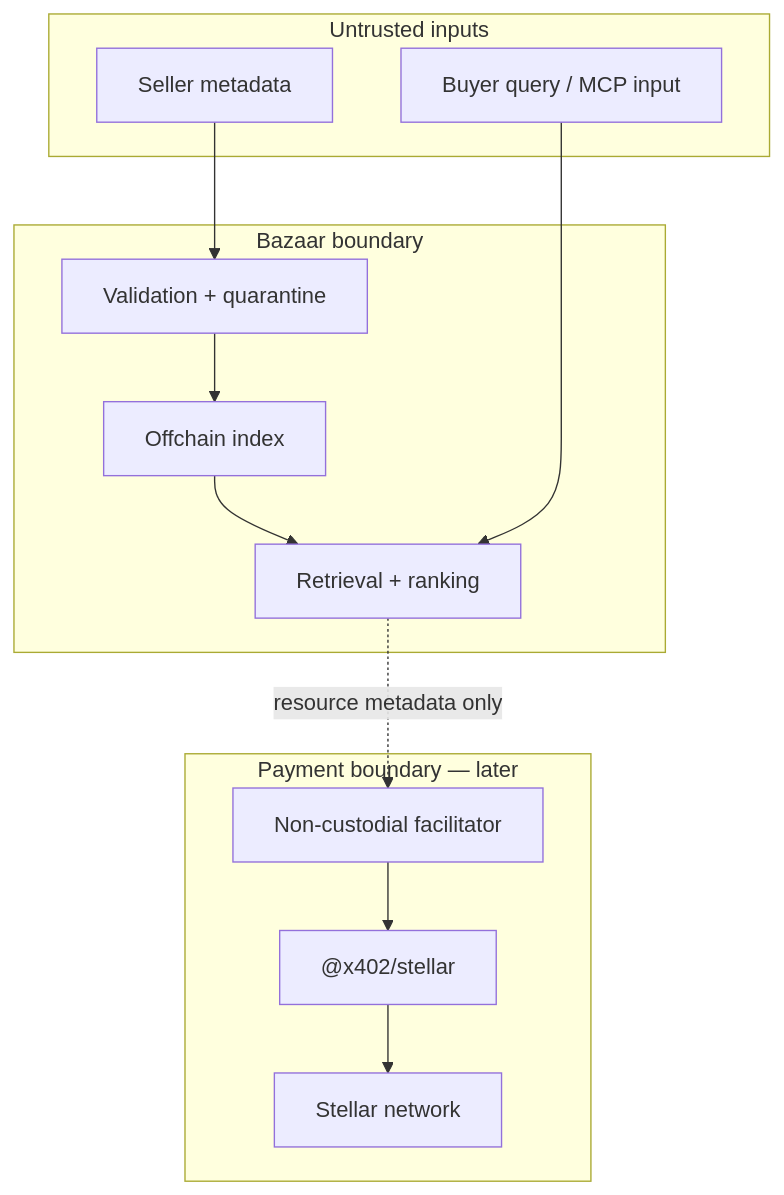
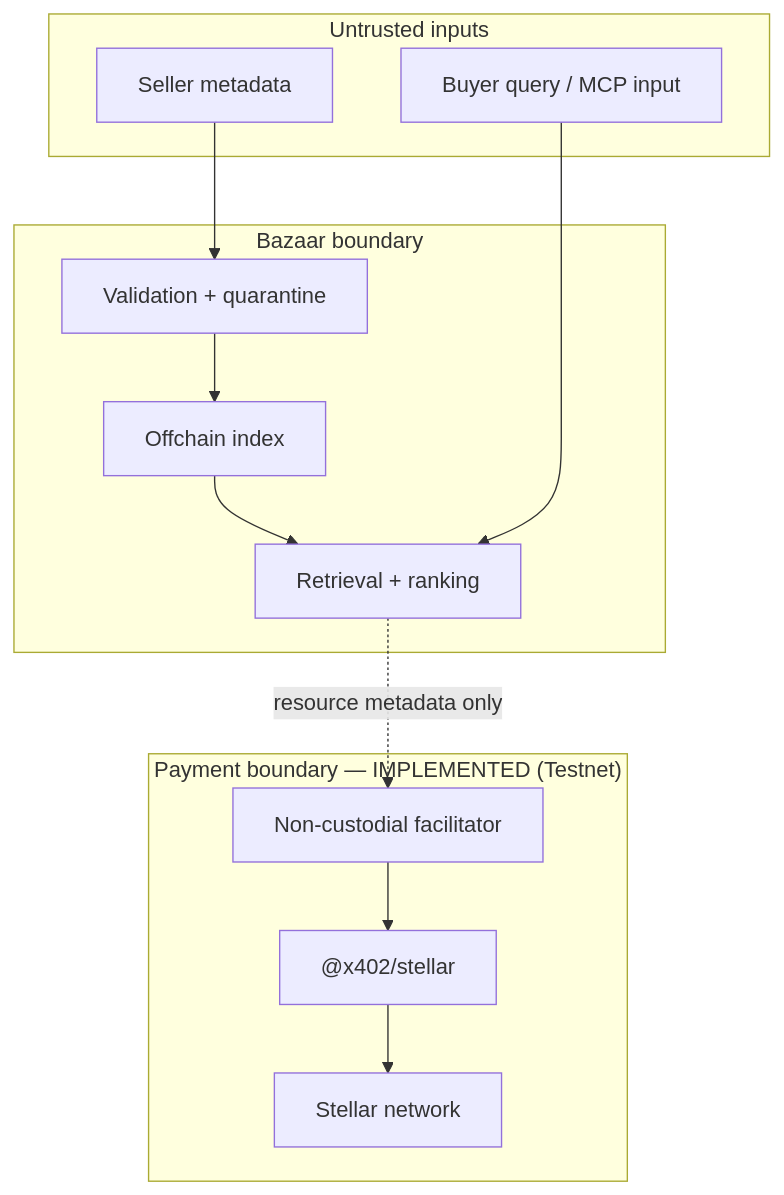
The third of 3 diagrams in docs/ARCHITECTURE.md (CaBsCrypto/stellar-bazaar-x402), drawn with Mermaid before and after one commit. The commit also changed other lines of this file and 20 other files, not shown here.

Commit message:
docs: fix stale claims (11 MCP tools, real x402 flow, 20 bundle rules, no phantom env), move internal docs to docs/internal/, add 6 usage guides for testing

````diff
--- a/docs/ARCHITECTURE.md
+++ b/docs/ARCHITECTURE.md
@@ -41,21 +41,21 @@
 ```mermaid
 flowchart TB
   subgraph Untrusted["Untrusted inputs"]
     M["Seller metadata"]
     Q["Buyer query / MCP input"]
   end
   subgraph Bazaar["Bazaar boundary"]
     V["Validation + quarantine"]
     IDX["Offchain index"]
     R["Retrieval + ranking"]
   end
-  subgraph Payment["Payment boundary — later"]
+  subgraph Payment["Payment boundary — IMPLEMENTED (Testnet)"]
     SDK["@x402/stellar"]
     FAC["Non-custodial facilitator"]
     NET["Stellar network"]
   end
   M --> V --> IDX --> R
   Q --> R
   FAC --> SDK --> NET
   R -. "resource metadata only" .-> FAC
 ```
````
